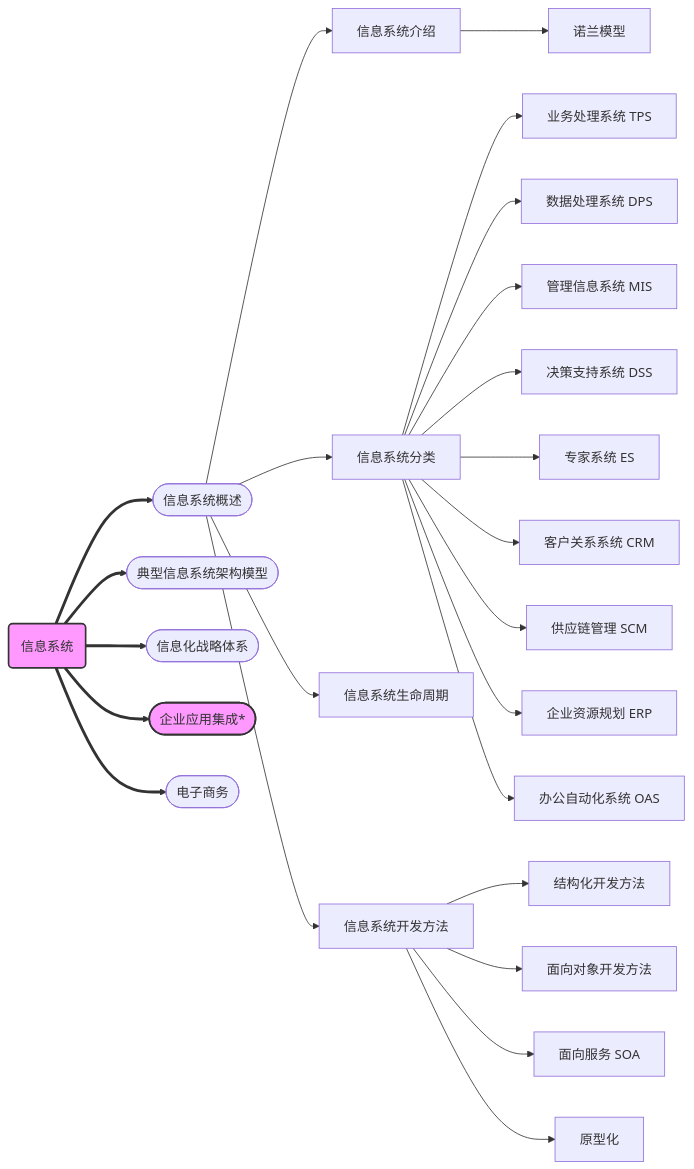
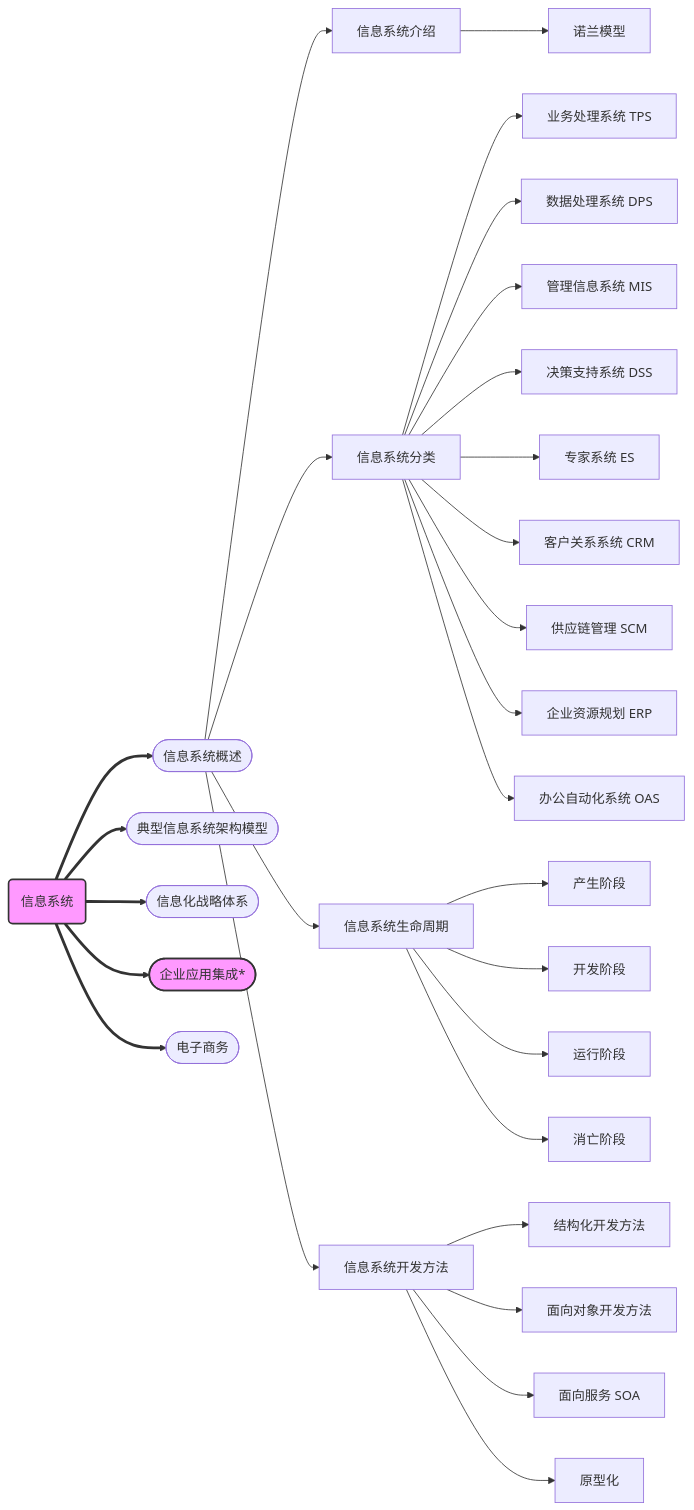
The first of 3 diagrams in Documentation/ruankao/information-system.rst (Rtoax/test-linux), drawn with Mermaid before and after one commit. The commit also changed other lines of this file and 4 other files, not shown here.

```diff
--- a/Documentation/ruankao/information-system.rst
+++ b/Documentation/ruankao/information-system.rst
@@ -17,34 +18,39 @@
 .. mermaid::
    :caption: 信息系统
 
     flowchart LR
         Info(信息系统) ==> Summary([信息系统概述])
         Info ==> Models([典型信息系统架构模型])
         Info ==> Strategy([信息化战略体系])
         Info ==> EAI([企业应用集成*])
         Info ==> E-commerce([电子商务])
 
         Summary --> InfoIntroduce[信息系统介绍]
         Summary --> InfoType[信息系统分类]
         Summary --> InfoLifeCycle[信息系统生命周期]
         Summary --> InfoDevelMethod[信息系统开发方法]
 
         InfoIntroduce --> Nolan[诺兰模型]
 
         InfoType --> TPS[业务处理系统 TPS]
         InfoType --> DPS[数据处理系统 DPS]
         InfoType --> MIS[管理信息系统 MIS]
         InfoType --> DSS[决策支持系统 DSS]
         InfoType --> ES[专家系统 ES]
         InfoType --> CRM[客户关系系统 CRM]
         InfoType --> SCM[供应链管理 SCM]
         InfoType --> ERP[企业资源规划 ERP]
         InfoType --> OAS[办公自动化系统 OAS]
 
+        InfoLifeCycle --> Cycle1[产生阶段]
+        InfoLifeCycle --> Cycle2[开发阶段]
+        InfoLifeCycle --> Cycle3[运行阶段]
+        InfoLifeCycle --> Cycle4[消亡阶段]
+
         InfoDevelMethod --> Method1[结构化开发方法]
         InfoDevelMethod --> Method2[面向对象开发方法]
         InfoDevelMethod --> Method3[面向服务 SOA]
         InfoDevelMethod --> Method4[原型化]
 
         style Info fill:#f9f,stroke:#333,stroke-width:2px
         style EAI fill:#f9f,stroke:#333,stroke-width:2px
```
